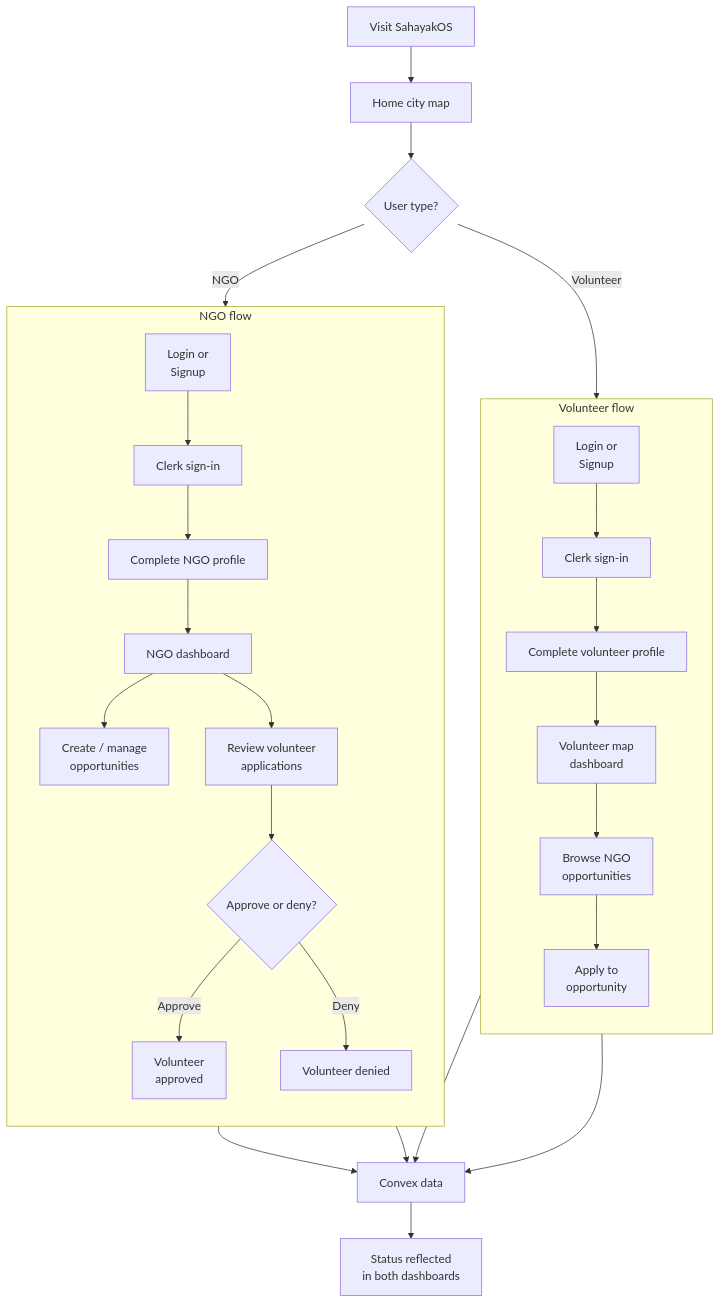
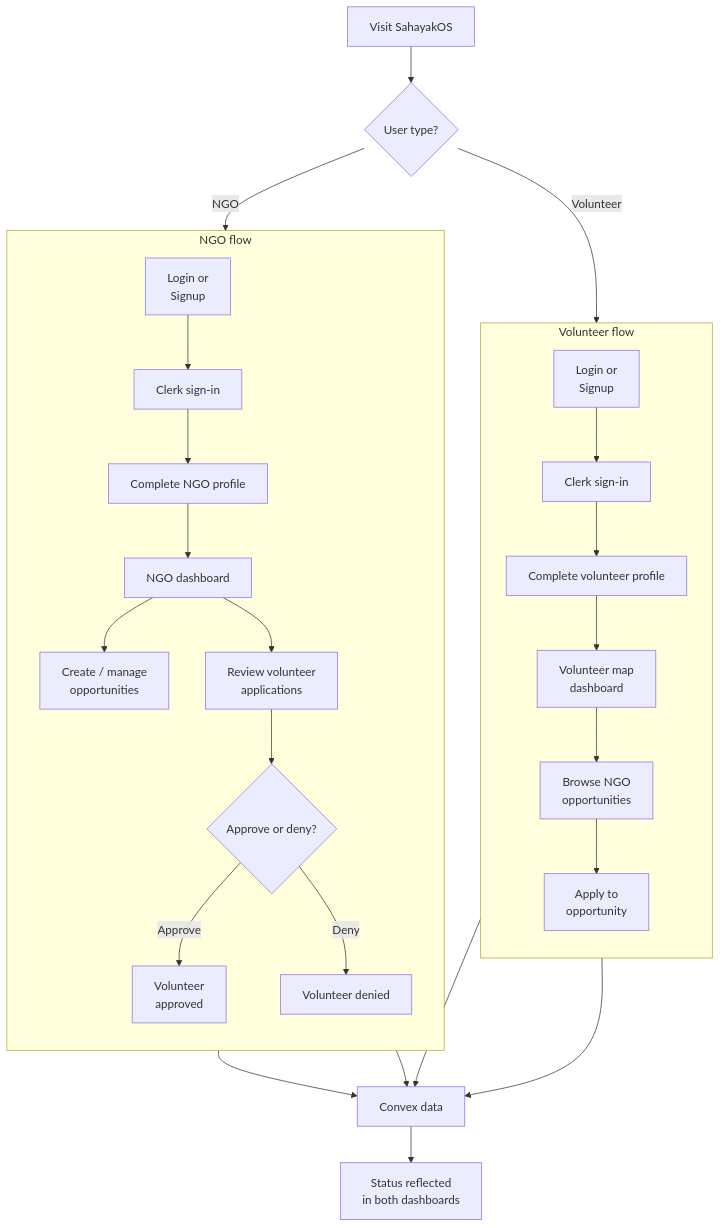
Before and after one commit to Sah-Nikhil/SahayakOS: the third of 3 diagrams in README.md, drawn with Mermaid.

Commit message:
Fix application flow diagram in README

````diff
--- a/README.md
+++ b/README.md
@@ -124,34 +124,33 @@
 ```mermaid
 flowchart TB
-  Start["Visit SahayakOS"] --> Home["Home city map"]
-  Home --> Choice{"User type?"}
+  Start["Visit SahayakOS"] --> Choice{"User type?"}
   Choice -->|Volunteer| VolunteerAuth["Login or\nSignup"]
   Choice -->|NGO| NgoAuth["Login or\nSignup"]
 
   subgraph VolunteerFlow["Volunteer flow"]
     direction TB
     VolunteerAuth --> ClerkVolunteer["Clerk sign-in"]
     ClerkVolunteer --> VolunteerProfile["Complete volunteer profile"]
     VolunteerProfile --> VolunteerHome["Volunteer map\ndashboard"]
     VolunteerHome --> BrowseRoles["Browse NGO\nopportunities"]
     BrowseRoles --> ApplyRole["Apply to\nopportunity"]
   end
 
   subgraph NgoFlow["NGO flow"]
     direction TB
     NgoAuth --> ClerkNgo["Clerk sign-in"]
     ClerkNgo --> NgoProfile["Complete NGO profile"]
     NgoProfile --> NgoDashboard["NGO dashboard"]
     NgoDashboard --> Opportunities["Create / manage\nopportunities"]
     NgoDashboard --> ReviewApps["Review volunteer\napplications"]
     ReviewApps --> Decision{"Approve or deny?"}
     Decision -->|Approve| Approved["Volunteer\napproved"]
     Decision -->|Deny| Denied["Volunteer denied"]
   end
 
   ApplyRole --> Convex["Convex data"]
   Opportunities --> Convex
   ReviewApps --> Convex
   VolunteerHome --> Convex
   Convex --> StatusSync["Status reflected\nin both dashboards"]
 ```
````
